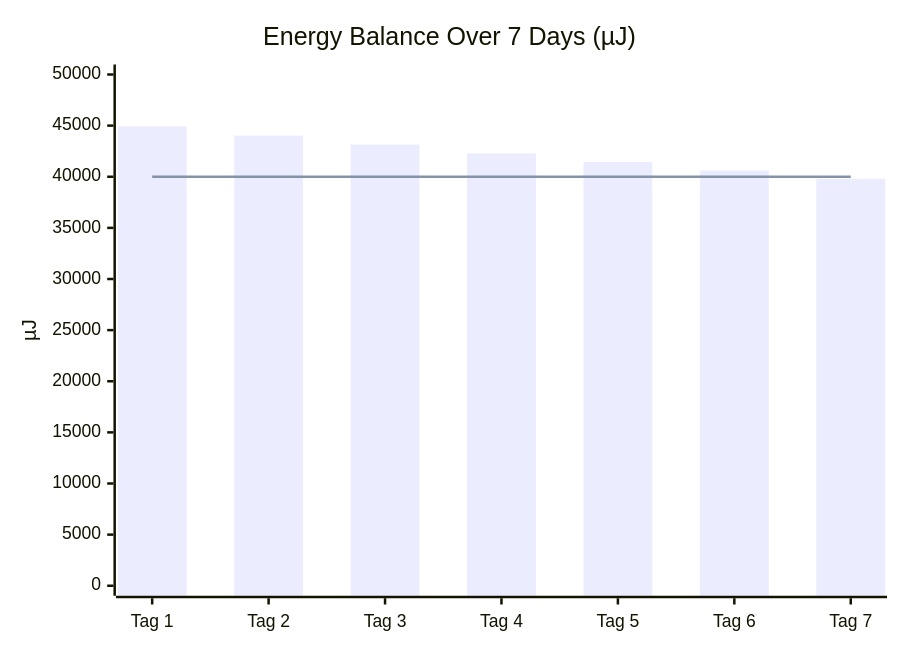
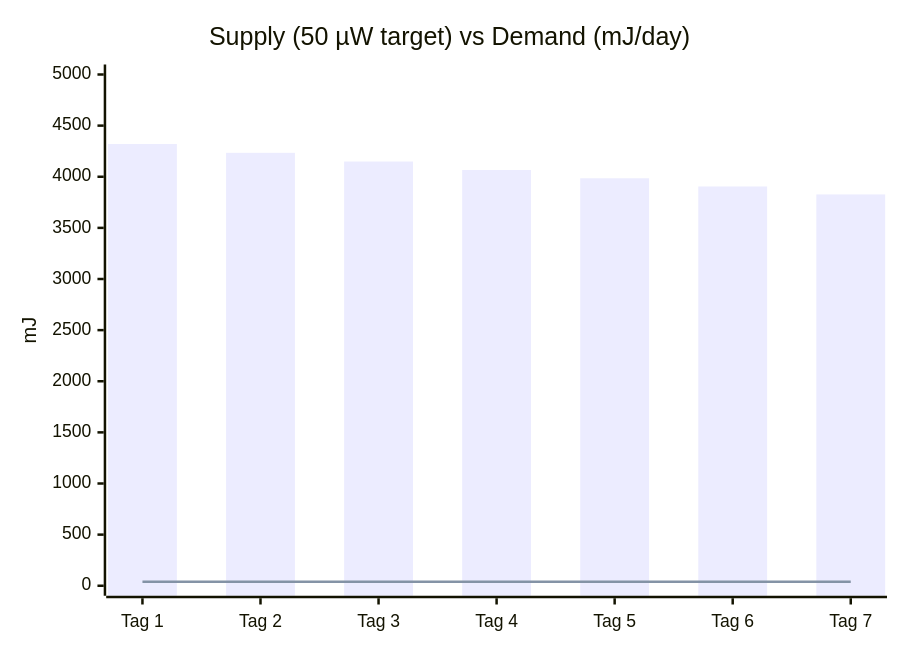
One commit to tobias-weiss-ai-xr/mykovolt changed the fifth of 8 diagrams in README.md. Above: the diagram before and after it, drawn with Mermaid. The commit also changed other lines of this file and 2 other files, not shown here.

Commit message:
Fix stale numbers in README mermaid diagrams and simulation files
README: 520µW→TRL-2 baseline (25µW) in sequence diagram, µJ→mJ in pie chart, xychart updated to 50µW target with corrected supply/demand values. simulation/README: qualified 260µW refs with 'Simulationsziel' and footnotes. e2e_soil_sensor.py: 260µW→TBD, €0.05→€0.15.

Ultraworked with Sisyphus (https://github.com/code-yeongyu/oh-my-openagent)

````diff
--- a/README.md
+++ b/README.md
@@ -220,8 +220,8 @@
 ```mermaid
 xychart-beta
-    title "Energy Balance Over 7 Days (µJ)"
+    title "Supply (50 µW target) vs Demand (mJ/day)"
     x-axis ["Tag 1", "Tag 2", "Tag 3", "Tag 4", "Tag 5", "Tag 6", "Tag 7"]
-    y-axis "µJ" 0 --> 50000
-    bar [44928, 44029, 43148, 42285, 41440, 40611, 39800]
-    line [40000, 40000, 40000, 40000, 40000, 40000, 40000]
+    y-axis "mJ" 0 --> 5000
+    bar [4320, 4234, 4149, 4066, 3985, 3905, 3827]
+    line [40, 40, 40, 40, 40, 40, 40]
 ```
````
